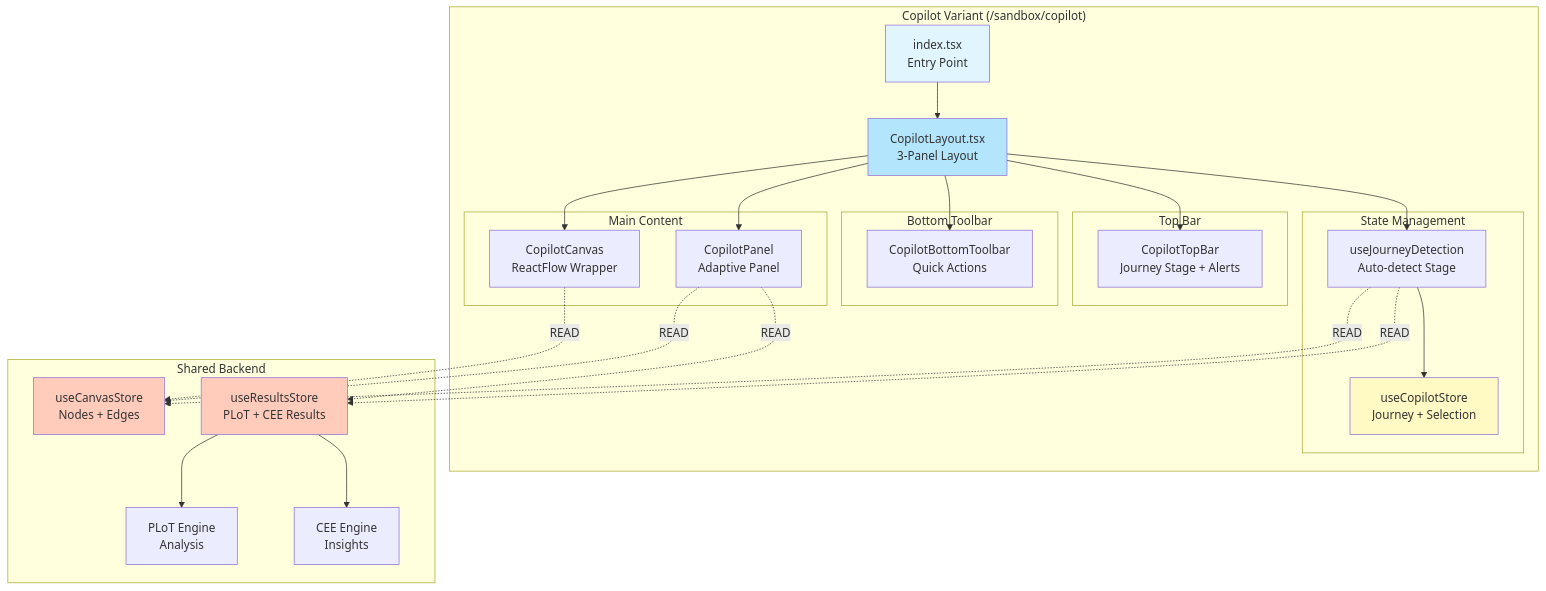
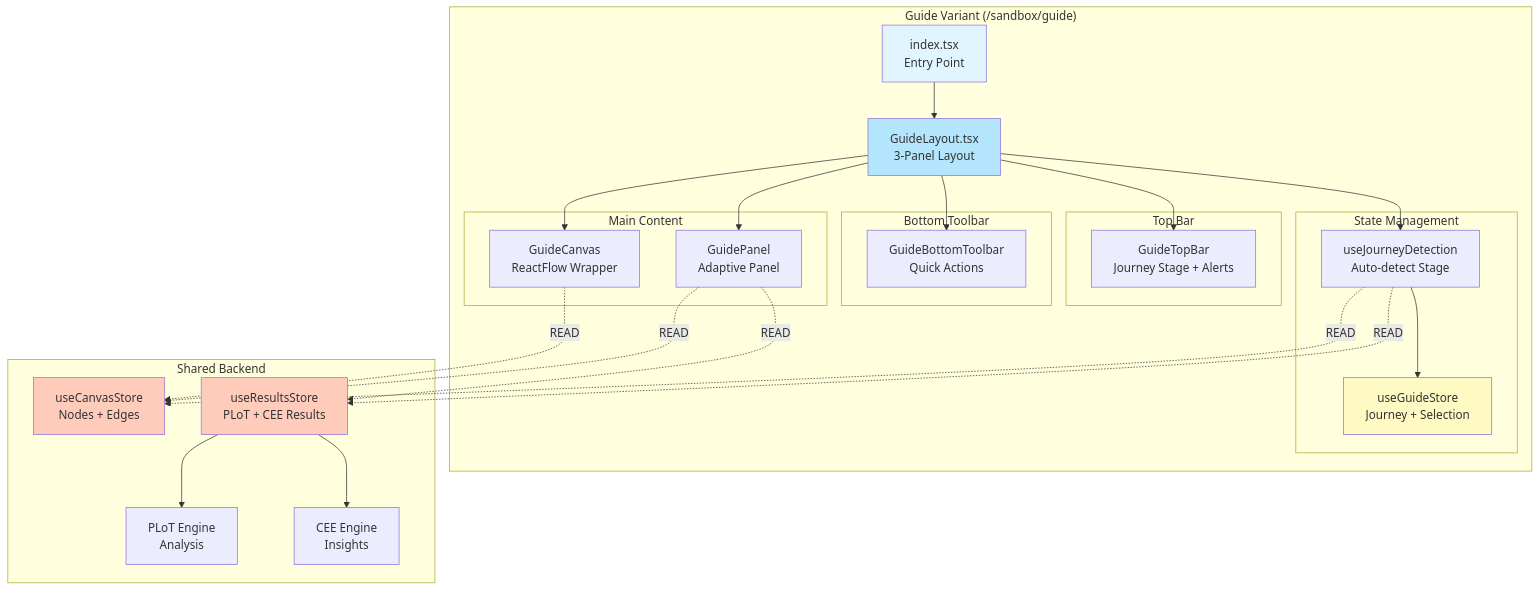
One commit to Talchain/DecisionGuideAI changed the first of 11 diagrams in src/pages/sandbox-guide/ARCHITECTURE.md. Above: the diagram before and after it, drawn with Mermaid. The commit also changed other lines of this file and 32 other files, not shown here.

First line of the commit message:
refactor(guide): update all file contents from Copilot to Guide

````diff
--- a/src/pages/sandbox-guide/ARCHITECTURE.md
+++ b/src/pages/sandbox-guide/ARCHITECTURE.md
@@ -19,55 +19,55 @@
 ```mermaid
 graph TB
-    subgraph "Copilot Variant (/sandbox/copilot)"
+    subgraph "Guide Variant (/sandbox/guide)"
         Entry[index.tsx<br/>Entry Point]
-        Layout[CopilotLayout.tsx<br/>3-Panel Layout]
+        Layout[GuideLayout.tsx<br/>3-Panel Layout]
 
         subgraph "Top Bar"
-            TopBar[CopilotTopBar<br/>Journey Stage + Alerts]
+            TopBar[GuideTopBar<br/>Journey Stage + Alerts]
         end
 
         subgraph "Main Content"
-            Canvas[CopilotCanvas<br/>ReactFlow Wrapper]
-            Panel[CopilotPanel<br/>Adaptive Panel]
+            Canvas[GuideCanvas<br/>ReactFlow Wrapper]
+            Panel[GuidePanel<br/>Adaptive Panel]
         end
 
         subgraph "Bottom Toolbar"
-            Toolbar[CopilotBottomToolbar<br/>Quick Actions]
+            Toolbar[GuideBottomToolbar<br/>Quick Actions]
         end
 
         subgraph "State Management"
-            CopilotStore[useCopilotStore<br/>Journey + Selection]
+            GuideStore[useGuideStore<br/>Journey + Selection]
             Detection[useJourneyDetection<br/>Auto-detect Stage]
         end
 
         Entry --> Layout
         Layout --> TopBar
         Layout --> Canvas
         Layout --> Panel
         Layout --> Toolbar
         Layout --> Detection
-        Detection --> CopilotStore
+        Detection --> GuideStore
     end
 
     subgraph "Shared Backend"
         CanvasStore[useCanvasStore<br/>Nodes + Edges]
         ResultsStore[useResultsStore<br/>PLoT + CEE Results]
         PLoT[PLoT Engine<br/>Analysis]
         CEE[CEE Engine<br/>Insights]
     end
 
     Canvas -.READ.-> CanvasStore
     Panel -.READ.-> CanvasStore
     Panel -.READ.-> ResultsStore
     Detection -.READ.-> CanvasStore
     Detection -.READ.-> ResultsStore
 
     ResultsStore --> PLoT
     ResultsStore --> CEE
 
     style Entry fill:#e1f5fe
     style Layout fill:#b3e5fc
-    style CopilotStore fill:#fff9c4
+    style GuideStore fill:#fff9c4
     style CanvasStore fill:#ffccbc
     style ResultsStore fill:#ffccbc
 ```
````
